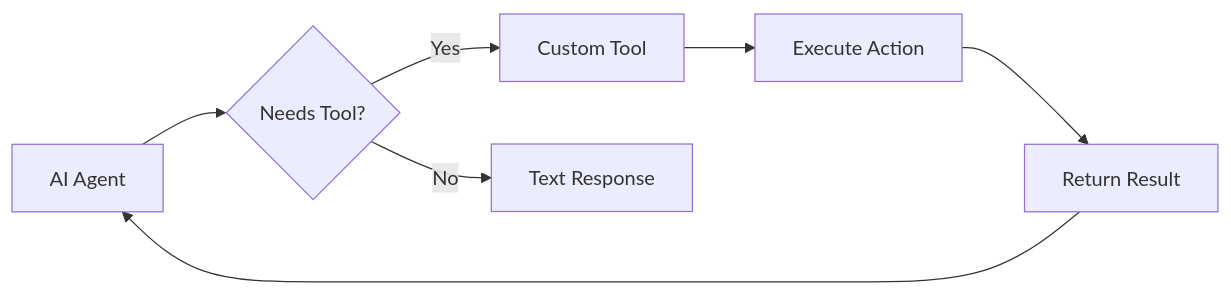
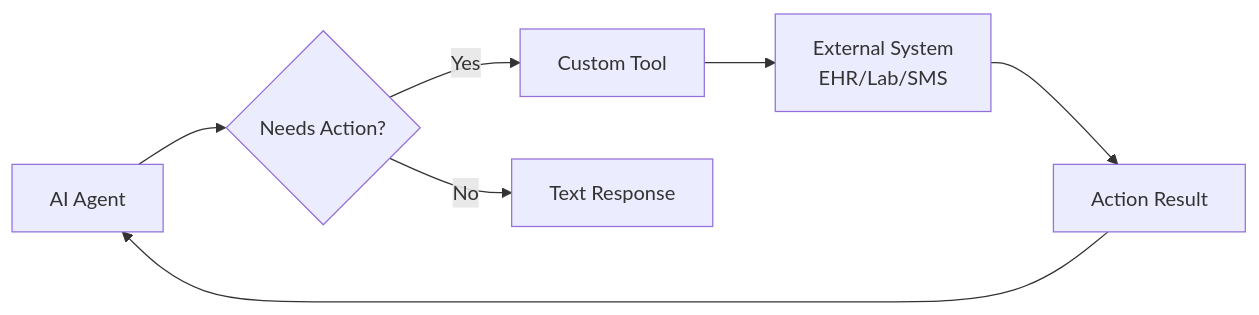
The diagram in 3_crew/docs/Crew/3.2/HC_Custom_Tools_Development.md (narsa1985/agents), drawn with Mermaid before and after one commit. The commit also changed other lines of this file and 40 other files, not shown here.

````diff
--- a/3_crew/docs/Crew/3.2/HC_Custom_Tools_Development.md
+++ b/3_crew/docs/Crew/3.2/HC_Custom_Tools_Development.md
@@ -34,9 +38,9 @@
 ```mermaid
 flowchart LR
-    Agent[AI Agent] --> Decision{Needs Tool?}
+    Agent[AI Agent] --> Decision{Needs Action?}
     Decision --> |Yes| Tool[Custom Tool]
-    Tool --> Action[Execute Action]
-    Action --> Result[Return Result]
+    Tool --> API[External System<br/>EHR/Lab/SMS]
+    API --> Result[Action Result]
     Result --> Agent
     Decision --> |No| Response[Text Response]
 ```
````
